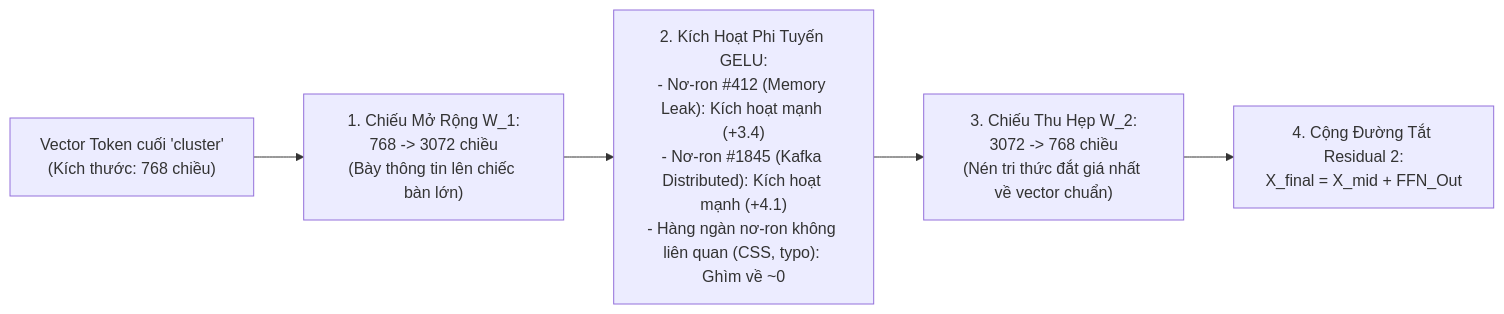
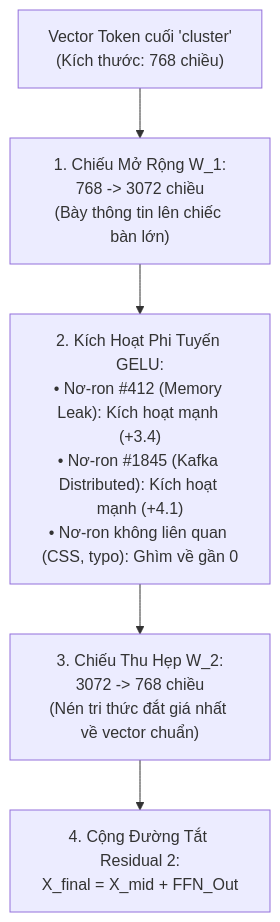
Before and after one commit to snowflake-vibing/NCKH_Johnny_Snowflake: the second of 2 diagrams in docs/articles/paper-information/critical-thinking/03_why_qkv_2304_and_ffn_3072.md, drawn with Mermaid. The commit also changed other lines of this file, not shown here.

Commit message:
docs(critical-thinking): fix KaTeX syntax and Mermaid labels in 03_why_qkv_2304_and_ffn_3072.md

````diff
--- a/docs/articles/paper-information/critical-thinking/03_why_qkv_2304_and_ffn_3072.md
+++ b/docs/articles/paper-information/critical-thinking/03_why_qkv_2304_and_ffn_3072.md
@@ -216,10 +223,10 @@
 ```mermaid
-flowchart LR
-    X_mid["Vector Token cuối 'cluster'\n(Kích thước: 768 chiều)"] --> Up["1. Chiếu Mở Rộng W_1:\n768 -> 3072 chiều\n(Bày thông tin lên chiếc bàn lớn)"]
+flowchart TD
+    X_mid["Vector Token cuối 'cluster'<br/>(Kích thước: 768 chiều)"] --> Up["1. Chiếu Mở Rộng W_1:<br/>768 -> 3072 chiều<br/>(Bày thông tin lên chiếc bàn lớn)"]
     
-    Up --> GeLU_Act["2. Kích Hoạt Phi Tuyến GELU:\n- Nơ-ron #412 (Memory Leak): Kích hoạt mạnh (+3.4)\n- Nơ-ron #1845 (Kafka Distributed): Kích hoạt mạnh (+4.1)\n- Hàng ngàn nơ-ron không liên quan (CSS, typo): Ghìm về ~0"]
+    Up --> GeLU_Act["2. Kích Hoạt Phi Tuyến GELU:<br/>• Nơ-ron #412 (Memory Leak): Kích hoạt mạnh (+3.4)<br/>• Nơ-ron #1845 (Kafka Distributed): Kích hoạt mạnh (+4.1)<br/>• Nơ-ron không liên quan (CSS, typo): Ghìm về gần 0"]
     
-    GeLU_Act --> Down["3. Chiếu Thu Hẹp W_2:\n3072 -> 768 chiều\n(Nén tri thức đắt giá nhất về vector chuẩn)"]
+    GeLU_Act --> Down["3. Chiếu Thu Hẹp W_2:<br/>3072 -> 768 chiều<br/>(Nén tri thức đắt giá nhất về vector chuẩn)"]
     
-    Down --> Res2["4. Cộng Đường Tắt Residual 2:\nX_final = X_mid + FFN_Out"]
+    Down --> Res2["4. Cộng Đường Tắt Residual 2:<br/>X_final = X_mid + FFN_Out"]
 ```
````
